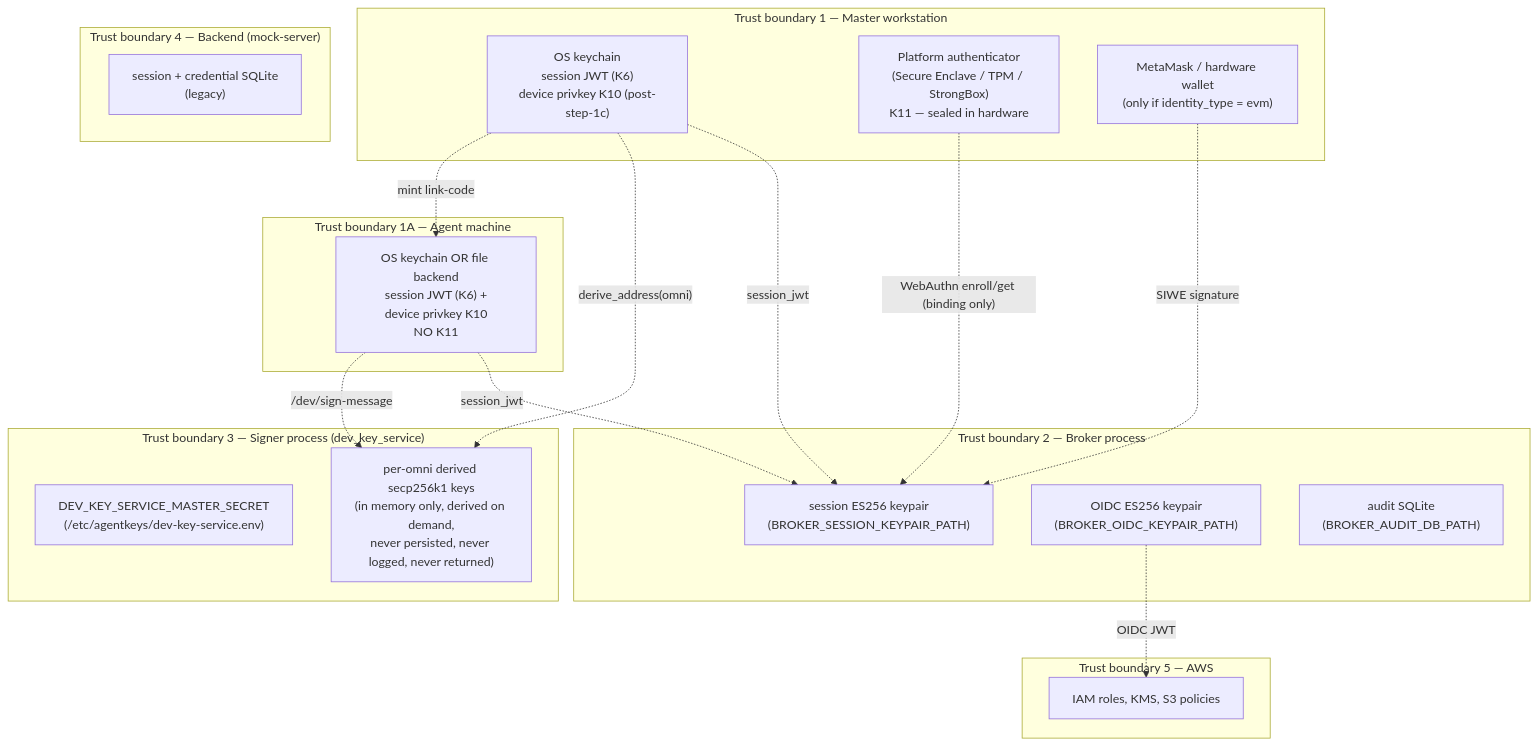
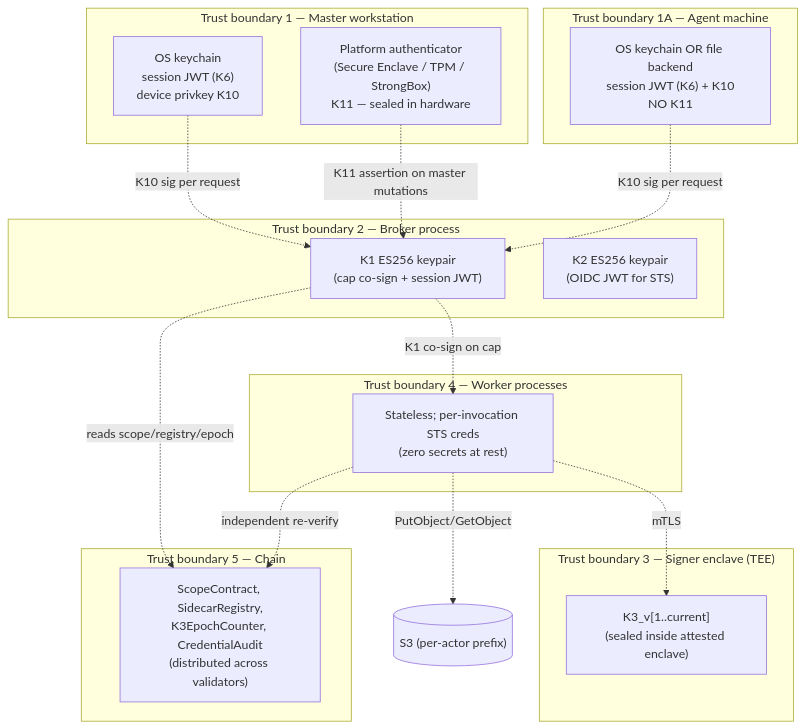
The second of 6 diagrams in docs/spec/architecture.md (litentry/agent-terrier), drawn with Mermaid before and after one commit. The commit also changed other lines of this file and 61 other files, not shown here.

First line of the commit message:
v2 stage 1 — sovereign sidecar + on-chain identity + credentials-service worker (#89) (#87)

````diff
--- a/docs/spec/architecture.md
+++ b/docs/spec/architecture.md
@@ -87,40 +123,37 @@
 ```mermaid
 flowchart TB
   subgraph TB1["Trust boundary 1 — Master workstation"]
-    OS_KC["OS keychain<br/>session JWT (K6)<br/>device privkey K10 (post-step-1c)"]
+    OS_KC_M["OS keychain<br/>session JWT (K6)<br/>device privkey K10"]
     PA["Platform authenticator<br/>(Secure Enclave / TPM / StrongBox)<br/>K11 — sealed in hardware"]
-    EVM_W["MetaMask / hardware wallet<br/>(only if identity_type = evm)"]
   end
 
   subgraph TB1A["Trust boundary 1A — Agent machine"]
-    AGENT_KC["OS keychain OR file backend<br/>session JWT (K6) +<br/>device privkey K10<br/>NO K11"]
+    AGENT_KC["OS keychain OR file backend<br/>session JWT (K6) + K10<br/>NO K11"]
   end
 
   subgraph TB2["Trust boundary 2 — Broker process"]
-    SESS_KP["session ES256 keypair<br/>(BROKER_SESSION_KEYPAIR_PATH)"]
-    OIDC_KP["OIDC ES256 keypair<br/>(BROKER_OIDC_KEYPAIR_PATH)"]
-    AUDIT_DB["audit SQLite<br/>(BROKER_AUDIT_DB_PATH)"]
+    K1["K1 ES256 keypair<br/>(cap co-sign + session JWT)"]
+    K2["K2 ES256 keypair<br/>(OIDC JWT for STS)"]
   end
 
-  subgraph TB3["Trust boundary 3 — Signer process (dev_key_service)"]
-    MASTER["DEV_KEY_SERVICE_MASTER_SECRET<br/>(/etc/agentkeys/dev-key-service.env)"]
-    SIGNER_KP["per-omni derived secp256k1 keys<br/>(in memory only, derived on demand,<br/>never persisted, never logged, never returned)"]
+  subgraph TB3["Trust boundary 3 — Signer enclave (TEE)"]
+    K3["K3_v[1..current]<br/>(sealed inside attested enclave)"]
   end
 
-  subgraph TB4["Trust boundary 4 — Backend (mock-server)"]
-    SES_DB["session + credential SQLite<br/>(legacy)"]
+  subgraph TB4["Trust boundary 4 — Worker processes"]
+    NONE["Stateless; per-invocation STS creds<br/>(zero secrets at rest)"]
   end
 
-  subgraph TB5["Trust boundary 5 — AWS"]
-    AWS_KMS["IAM roles, KMS, S3 policies"]
+  subgraph TB5["Trust boundary 5 — Chain"]
+    CHAIN_STATE["ScopeContract, SidecarRegistry,<br/>K3EpochCounter, CredentialAudit<br/>(distributed across validators)"]
   end
 
-  OS_KC -. session_jwt .-> SESS_KP
-  OS_KC -. derive_address(omni) .-> SIGNER_KP
-  PA -. WebAuthn enroll/get (binding only) .-> SESS_KP
-  EVM_W -. SIWE signature .-> SESS_KP
-  AGENT_KC -. session_jwt .-> SESS_KP
-  AGENT_KC -. /dev/sign-message .-> SIGNER_KP
-  OS_KC -. mint link-code .-> AGENT_KC
-  OIDC_KP -. OIDC JWT .-> AWS_KMS
+  OS_KC_M -. K10 sig per request .-> K1
+  PA -. K11 assertion on master mutations .-> K1
+  AGENT_KC -. K10 sig per request .-> K1
+  K1 -. K1 co-sign on cap .-> NONE
+  NONE -. mTLS .-> K3
+  NONE -. PutObject/GetObject .-> S3[("S3 (per-actor prefix)")]
+  K1 -. reads scope/registry/epoch .-> CHAIN_STATE
+  NONE -. independent re-verify .-> CHAIN_STATE
 ```
````
